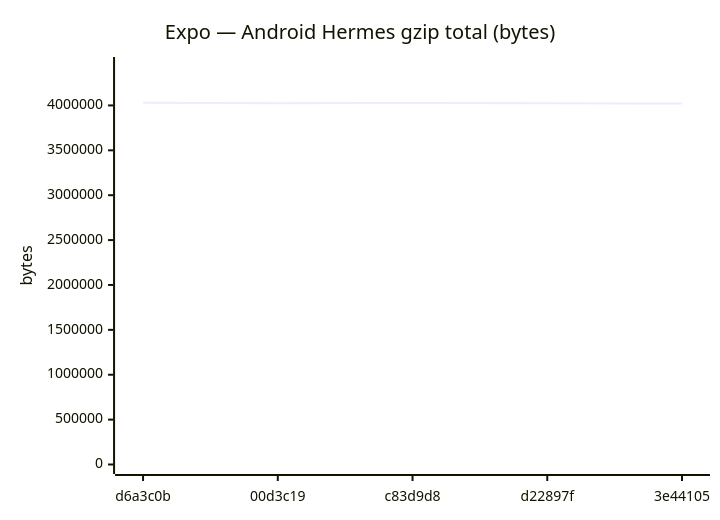
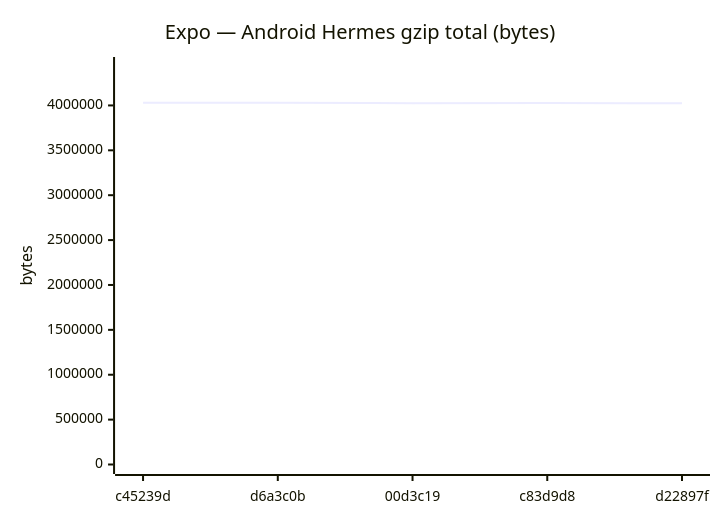
Diagram 11 of 18 in benchmarks/compare.md (Metaheurist/Rianell), drawn with Mermaid before and after one commit. The commit also changed other lines of this file and 11 other files, not shown here.

````diff
--- a/benchmarks/compare.md
+++ b/benchmarks/compare.md
@@ -172,7 +172,7 @@
 ```mermaid
 xychart-beta
     title "Expo — Android Hermes gzip total (bytes)"
-    x-axis ["d6a3c0b", "00d3c19", "c83d9d8", "d22897f", "3e44105"]
+    x-axis ["c45239d", "d6a3c0b", "00d3c19", "c83d9d8", "d22897f"]
     y-axis "bytes" 0 --> 4433703
-    line [4030639, 4025609, 4026084, 4023969, 4020690]
+    line [4030634, 4030639, 4025609, 4026084, 4023969]
 ```
````
